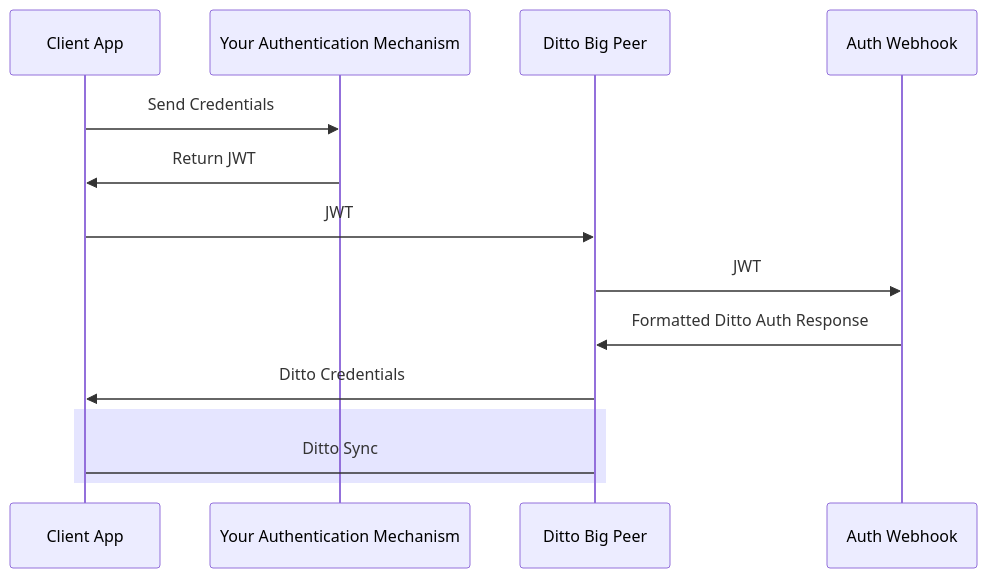
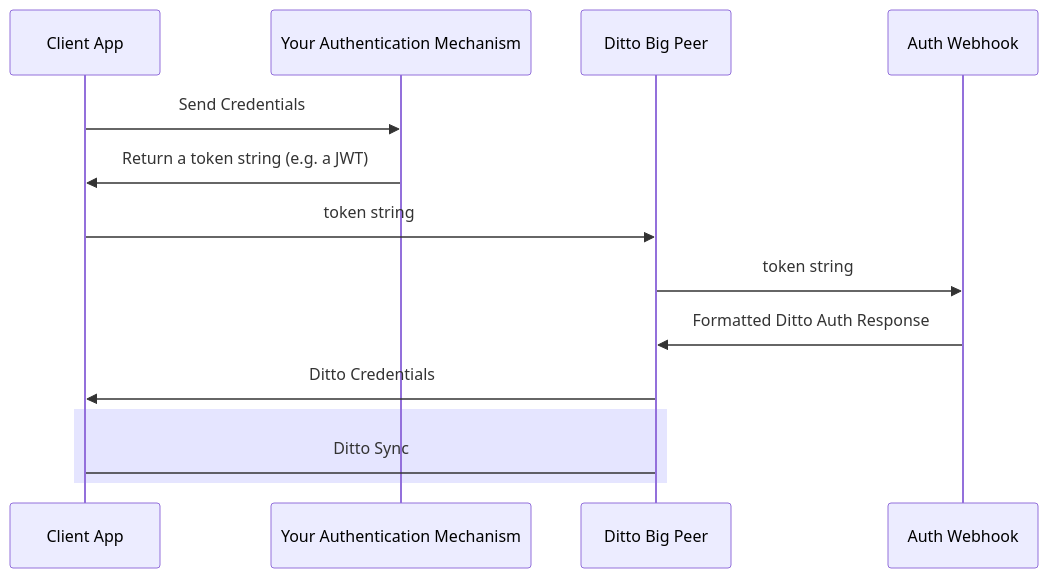
One commit to okdistribute/ditto-docs-sandbox changed the diagram in key-concepts/authentication-and-authorization.mdx. Above: the diagram before and after it, drawn with Mermaid. The commit also changed 3 other files, not shown here.

Commit message:
Update auth docs to match the current simplified flow (#82)

````diff
--- a/key-concepts/authentication-and-authorization.mdx
+++ b/key-concepts/authentication-and-authorization.mdx
@@ -36,12 +36,12 @@
 ```mermaid
 sequenceDiagram
     Client App->>Your Authentication Mechanism: Send Credentials
-    Your Authentication Mechanism->>Client App: Return JWT
-    Client App->>Ditto Big Peer: JWT
-    Ditto Big Peer->>Auth Webhook: JWT 
+    Your Authentication Mechanism->>Client App: Return a token string (e.g. a JWT)
+    Client App->>Ditto Big Peer: token string
+    Ditto Big Peer->>Auth Webhook: token string 
     Auth Webhook->>Ditto Big Peer: Formatted Ditto Auth Response
     Ditto Big Peer->>Client App: Ditto Credentials
     rect rgba(0, 0, 255, .1)
       Client App->Ditto Big Peer: Ditto Sync
     end
 ```
````
